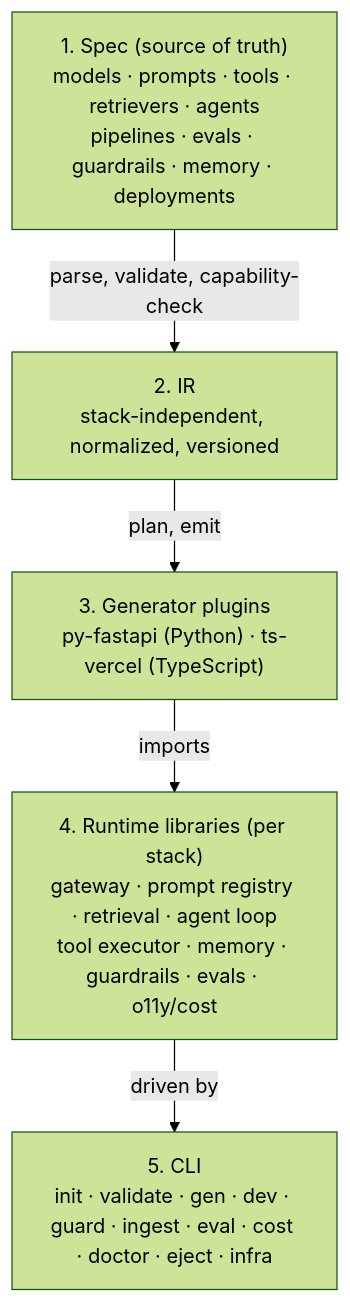
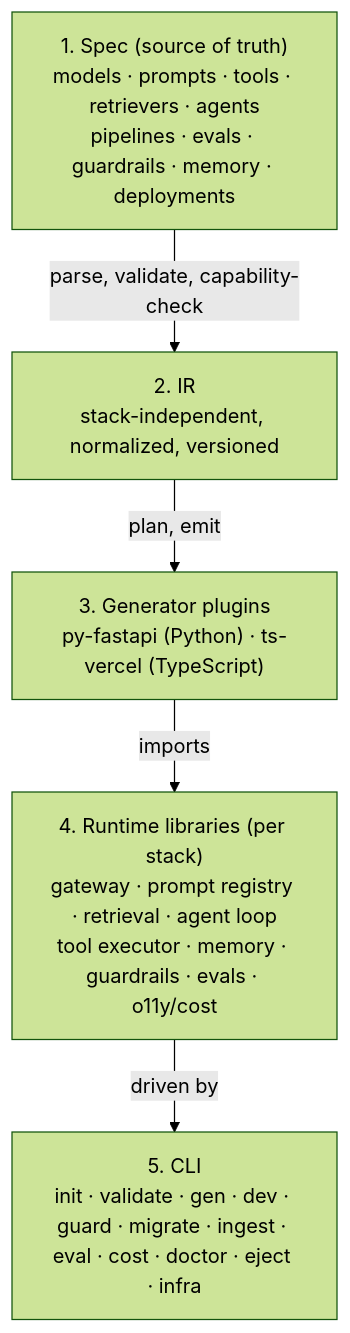
Before and after one commit to aid-framework/aid-framework: the diagram in README.md, drawn with Mermaid (forest theme). The commit also changed other lines of this file and 17 other files, not shown here.

First line of the commit message:
feat(cli): add `aid migrate` to emit vector-store schema (#79)

````diff
--- a/README.md
+++ b/README.md
@@ -46,12 +46,12 @@
 ```mermaid
 flowchart TD
     A["1. Spec (source of truth)<br/>models · prompts · tools · retrievers · agents<br/>pipelines · evals · guardrails · memory · deployments"]
     B["2. IR<br/>stack-independent, normalized, versioned"]
     C["3. Generator plugins<br/>py-fastapi (Python) · ts-vercel (TypeScript)"]
     D["4. Runtime libraries (per stack)<br/>gateway · prompt registry · retrieval · agent loop<br/>tool executor · memory · guardrails · evals · o11y/cost"]
-    E["5. CLI<br/>init · validate · gen · dev · guard · ingest · eval · cost · doctor · eject · infra"]
+    E["5. CLI<br/>init · validate · gen · dev · guard · migrate · ingest · eval · cost · doctor · eject · infra"]
     A -->|parse, validate, capability-check| B
     B -->|plan, emit| C
     C -->|imports| D
     D -->|driven by| E
 ```
````
